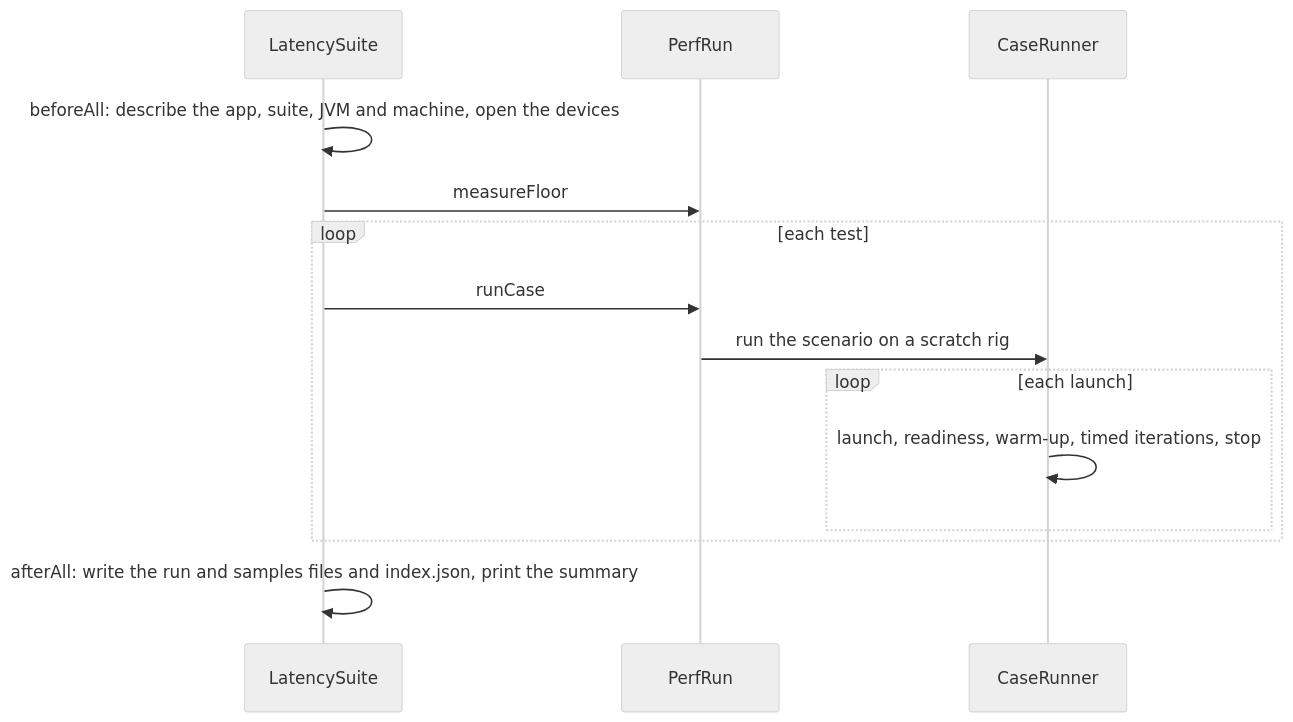
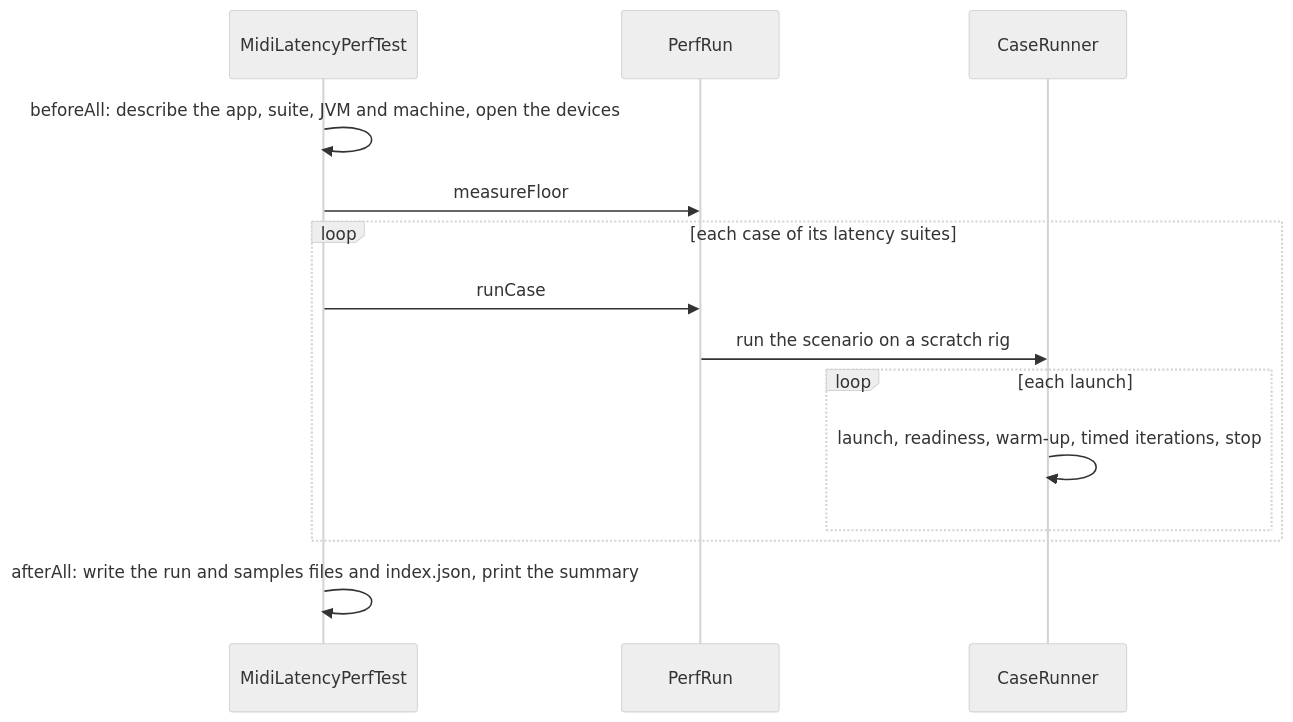
The diagram in perf/perf-midi-latency/docs/ARCHITECTURE.md (calinburloiu/microtonalist), drawn with Mermaid (neutral theme) before and after one commit. The commit also changed other lines of this file and 31 other files, not shown here.

````diff
--- a/perf/perf-midi-latency/docs/ARCHITECTURE.md
+++ b/perf/perf-midi-latency/docs/ARCHITECTURE.md
@@ -72,16 +74,16 @@
 ```mermaid
 sequenceDiagram
-  participant Suite as LatencySuite
+  participant Suite as MidiLatencyPerfTest
   participant Run as PerfRun
   participant Runner as CaseRunner
   Suite->>Suite: beforeAll: describe the app, suite, JVM and machine, open the devices
   Suite->>Run: measureFloor
-  loop each test
+  loop each case of its latency suites
     Suite->>Run: runCase
     Run->>Runner: run the scenario on a scratch rig
     loop each launch
       Runner->>Runner: launch, readiness, warm-up, timed iterations, stop
     end
   end
   Suite->>Suite: afterAll: write the run and samples files and index.json, print the summary
 ```
````
